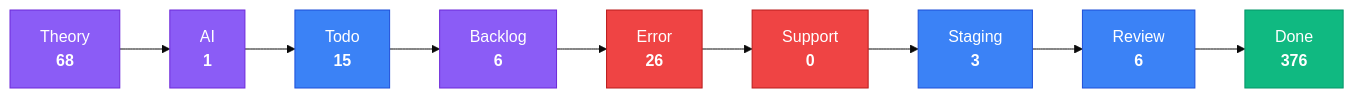
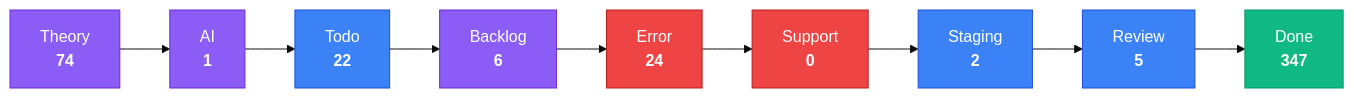
One commit to KBVE/kbve changed the third of 4 diagrams in apps/kbve/astro-kbve/src/content/docs/dashboard/kanban-data.mdx. Above: the diagram before and after it, drawn with Mermaid (base theme). The commit also changed other lines of this file and 8 other files, not shown here.

````diff
--- a/apps/kbve/astro-kbve/src/content/docs/dashboard/kanban-data.mdx
+++ b/apps/kbve/astro-kbve/src/content/docs/dashboard/kanban-data.mdx
@@ -80,28 +80,28 @@
 ```mermaid
 flowchart LR
     classDef planning fill:#8b5cf6,stroke:#6d28d9,color:#fff
     classDef active fill:#3b82f6,stroke:#1d4ed8,color:#fff
     classDef blocked fill:#ef4444,stroke:#b91c1c,color:#fff
     classDef done fill:#10b981,stroke:#059669,color:#fff
-    Theory["Theory<br/><strong>68</strong>"]
+    Theory["Theory<br/><strong>74</strong>"]
     Theory --> AI
     AI["AI<br/><strong>1</strong>"]
     AI --> Todo
-    Todo["Todo<br/><strong>15</strong>"]
+    Todo["Todo<br/><strong>22</strong>"]
     Todo --> Backlog
     Backlog["Backlog<br/><strong>6</strong>"]
     Backlog --> Error
-    Error["Error<br/><strong>26</strong>"]
+    Error["Error<br/><strong>24</strong>"]
     Error --> Support
     Support["Support<br/><strong>0</strong>"]
     Support --> Staging
-    Staging["Staging<br/><strong>3</strong>"]
+    Staging["Staging<br/><strong>2</strong>"]
     Staging --> Review
-    Review["Review<br/><strong>6</strong>"]
+    Review["Review<br/><strong>5</strong>"]
     Review --> Done
-    Done["Done<br/><strong>376</strong>"]
+    Done["Done<br/><strong>347</strong>"]
     class Theory,AI,Backlog planning
     class Todo,Staging,Review active
     class Error,Support blocked
     class Done done
 ```
````
